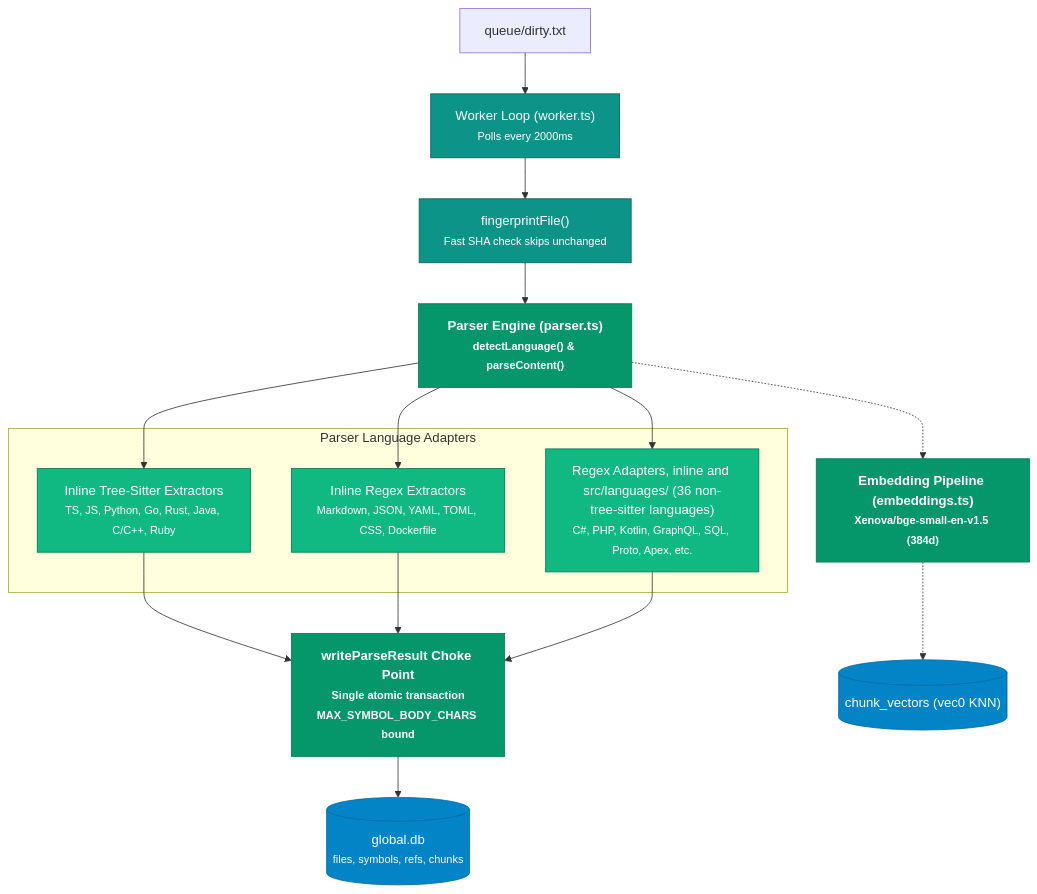
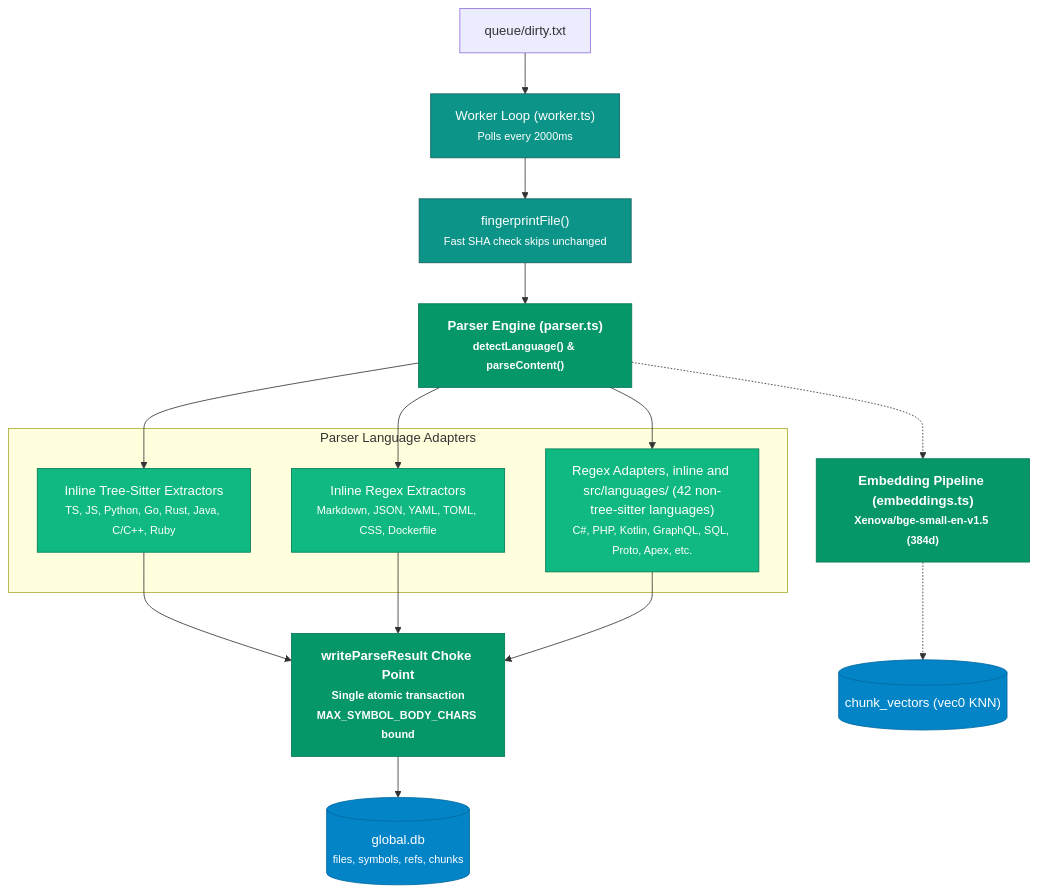
Before and after one commit to DFKHelper/token-goat: the fourth of 7 diagrams in demo/C4_RUNTIME_ARCHITECTURE.md, drawn with Mermaid. The commit also changed 27 other files, not shown here.

````diff
--- a/demo/C4_RUNTIME_ARCHITECTURE.md
+++ b/demo/C4_RUNTIME_ARCHITECTURE.md
@@ -190,30 +190,30 @@
 ```mermaid
 flowchart TB
     classDef parser fill:#059669,stroke:#047857,color:#ffffff,font-weight:bold;
     classDef worker fill:#0D9488,stroke:#115E59,color:#ffffff;
     classDef adapter fill:#10B981,stroke:#047857,color:#ffffff;
     classDef db fill:#0284C7,stroke:#0369A1,color:#ffffff;
 
     DirtyQueue["queue/dirty.txt"] --> WorkerLoop["Worker Loop (worker.ts)<br/><small>Polls every 2000ms</small>"]:::worker
     WorkerLoop --> Fingerprint["fingerprintFile()<br/><small>Fast SHA check skips unchanged</small>"]:::worker
     Fingerprint --> Parser["Parser Engine (parser.ts)<br/><small>detectLanguage() & parseContent()</small>"]:::parser
 
     subgraph ParserAdapters ["Parser Language Adapters"]
         TreeSitter["Inline Tree-Sitter Extractors<br/><small>TS, JS, Python, Go, Rust, Java, C/C++, Ruby</small>"]:::adapter
         RegexInline["Inline Regex Extractors<br/><small>Markdown, JSON, YAML, TOML, CSS, Dockerfile</small>"]:::adapter
-        LangAdapters["Regex Adapters, inline and src/languages/ (36 non-tree-sitter languages)<br/><small>C#, PHP, Kotlin, GraphQL, SQL, Proto, Apex, etc.</small>"]:::adapter
+        LangAdapters["Regex Adapters, inline and src/languages/ (42 non-tree-sitter languages)<br/><small>C#, PHP, Kotlin, GraphQL, SQL, Proto, Apex, etc.</small>"]:::adapter
     end
 
     Parser --> TreeSitter
     Parser --> RegexInline
     Parser --> LangAdapters
 
     TreeSitter --> ChokePoint["writeParseResult Choke Point<br/><small>Single atomic transaction<br/>MAX_SYMBOL_BODY_CHARS bound</small>"]:::parser
     RegexInline --> ChokePoint
     LangAdapters --> ChokePoint
 
     ChokePoint --> GlobalDB[("global.db<br/><small>files, symbols, refs, chunks</small>")]:::db
     
     Parser -.-> Embedder["Embedding Pipeline (embeddings.ts)<br/><small>Xenova/bge-small-en-v1.5 (384d)</small>"]:::parser
     Embedder -.-> VecDB[("chunk_vectors (vec0 KNN)")]:::db
 ```
````
